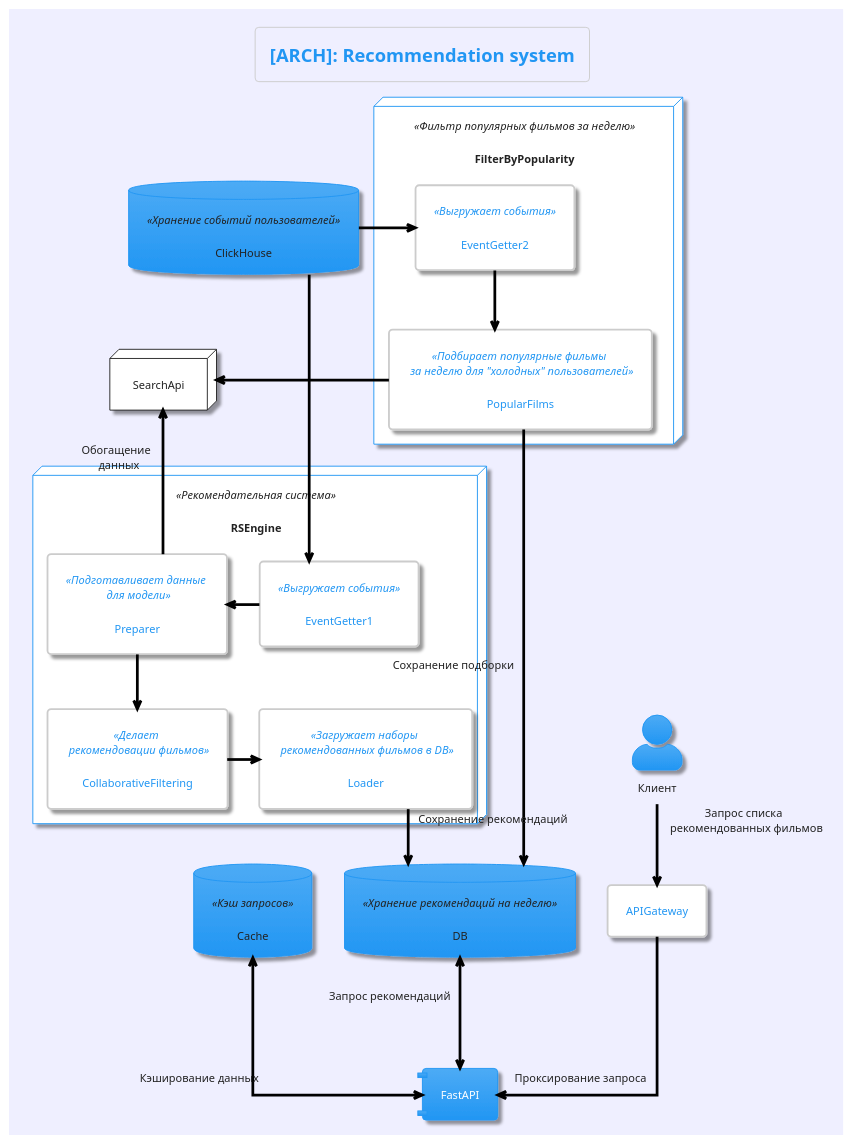
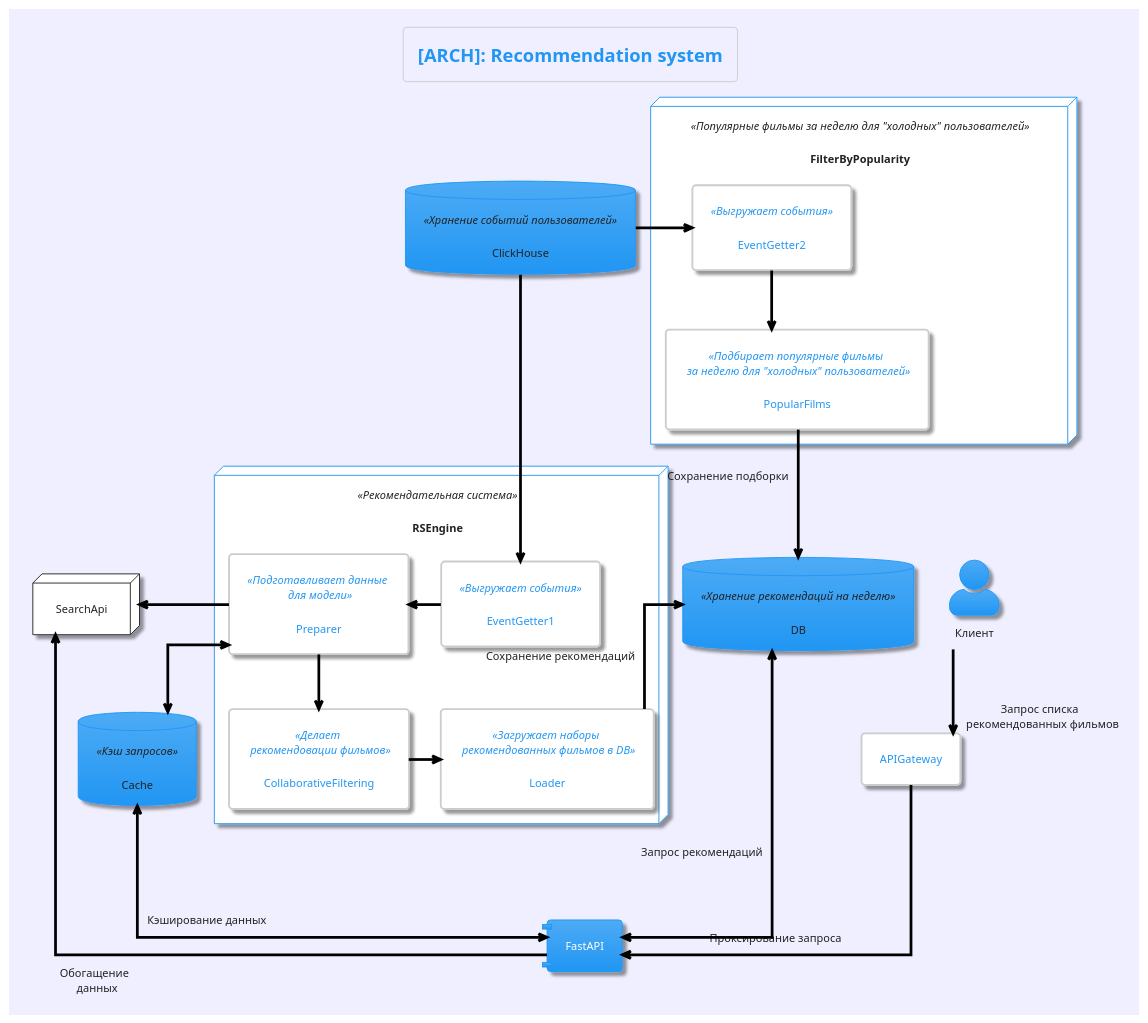
The diagram in architecture/recsys_architecture_v1.puml (CatLecter/RS), drawn with PlantUML before and after one commit. The commit also changed 9 other files, not shown here.

```diff
--- a/architecture/recsys_architecture_v1.puml
+++ b/architecture/recsys_architecture_v1.puml
@@ -1,45 +1,46 @@
 @startuml
 !theme materia
 skinparam componentStyle uml1
 skinparam backgroundColor MOTIVATION
 skinparam linetype ortho
 skinparam actorStyle awesome
 skinparam defaultTextAlignment center
 skinparam classarrowcolor Black
 skinparam SequenceMessageAlign reverseDirection
 
 title [ARCH]: Recommendation system
 
 rectangle APIGateway
 actor Клиент as Client
 component FastAPI
 database DB <<Хранение рекомендаций на неделю>>
 database Cache <<Кэш запросов>>
 node SearchApi
 database ClickHouse <<Хранение событий пользователей>>
 node RSEngine <<Рекомендательная система>> {
     rectangle EventGetter1 <<Выгружает события>>
     rectangle Preparer <<Подготавливает данные \n для модели>>
     rectangle Loader <<Загружает наборы \n рекомендованных фильмов в DB>>
     rectangle CollaborativeFiltering <<Делает \n рекомендовации фильмов>>
 }
-node FilterByPopularity <<Фильтр популярных фильмов за неделю>> {
+node FilterByPopularity <<Популярные фильмы за неделю для "холодных" пользователей>> {
     rectangle EventGetter2 <<Выгружает события>>
     rectangle PopularFilms <<Подбирает популярные фильмы \n за неделю для "холодных" пользователей>>
 }
 
 Client --> APIGateway: Запрос списка \n рекомендованных фильмов
 APIGateway ---> FastAPI: Проксирование запроса
 FastAPI <-up--> DB: Запрос рекомендаций
-ClickHouse -right-> EventGetter1
-ClickHouse -left-> EventGetter2
+ClickHouse --> EventGetter1
+ClickHouse -right-> EventGetter2
 EventGetter1 -left-> Preparer
-Preparer -up-> SearchApi: Обогащение \n данных
 Preparer -down-> CollaborativeFiltering
+Preparer -left-> SearchApi
+Preparer <--> Cache
 CollaborativeFiltering -right-> Loader
 EventGetter2 -down-> PopularFilms
 PopularFilms --> DB: Сохранение подборки
-PopularFilms -right-> SearchApi
-Loader -down-> DB: Сохранение рекомендаций
+DB <-- Loader: Сохранение рекомендаций
+FastAPI -up-> SearchApi: Обогащение \n данных
 FastAPI <-up--> Cache: Кэширование данных
 @enduml
```
